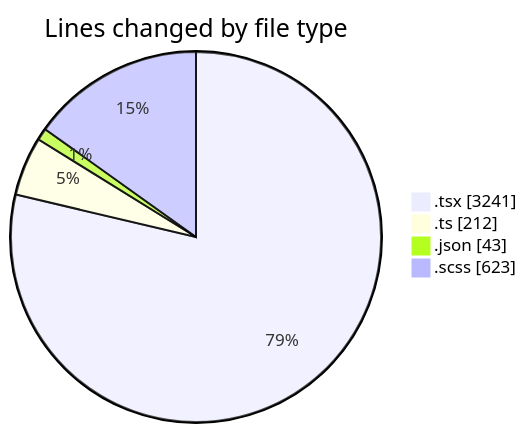
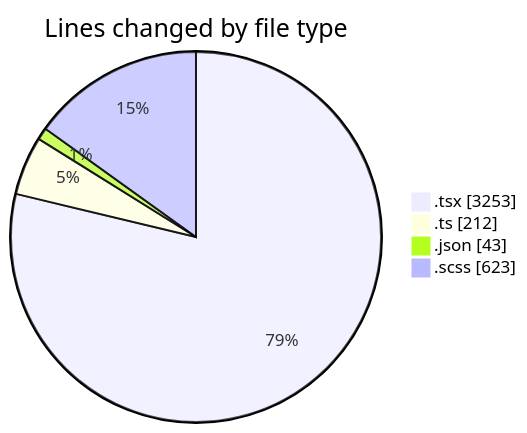
The first of 2 diagrams in 2025-09-23/cda/README.md (momahboobian/code-tracking), drawn with Mermaid before and after one commit. The commit also changed other lines of this file and 1 other file, not shown here.

````diff
--- a/2025-09-23/cda/README.md
+++ b/2025-09-23/cda/README.md
@@ -31,8 +31,8 @@
 ```mermaid
 pie showData
 title Lines changed by file type
-".tsx" : 3241
+".tsx" : 3253
 ".ts" : 212
 ".json" : 43
 ".scss" : 623
 ```
````
